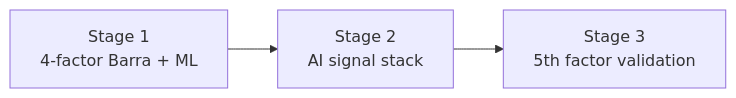
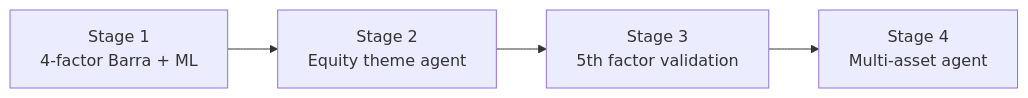
One commit to wanmingz/ai_factor_barra changed the first of 5 diagrams in README.md. Above: the diagram before and after it, drawn with Mermaid. The commit also changed other lines of this file, not shown here.

````diff
--- a/README.md
+++ b/README.md
@@ -17,5 +21,6 @@
 ```mermaid
 flowchart LR
-    S1[Stage 1<br/>4-factor Barra + ML] --> S2[Stage 2<br/>AI signal stack]
+    S1[Stage 1<br/>4-factor Barra + ML] --> S2[Stage 2<br/>Equity theme agent]
     S2 --> S3[Stage 3<br/>5th factor validation]
+    S3 --> S4[Stage 4<br/>Multi-asset agent]
 ```
````
